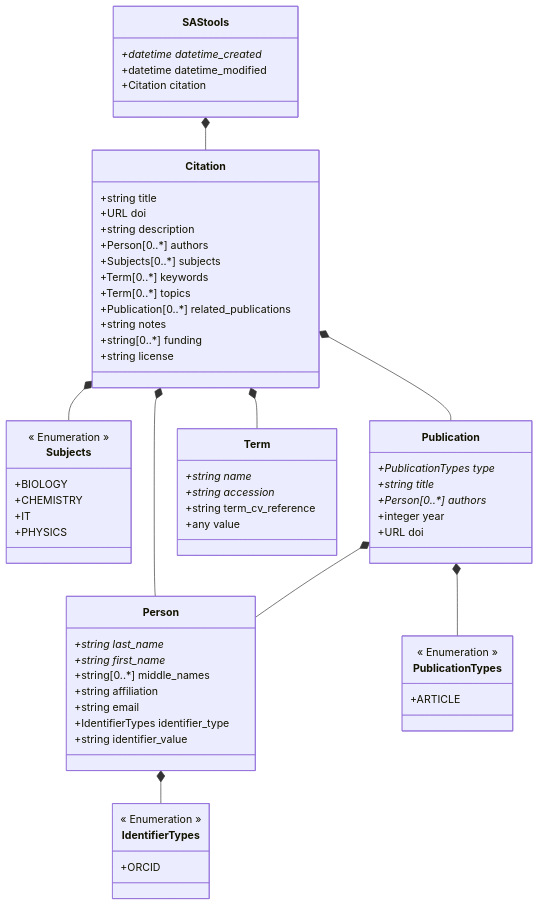
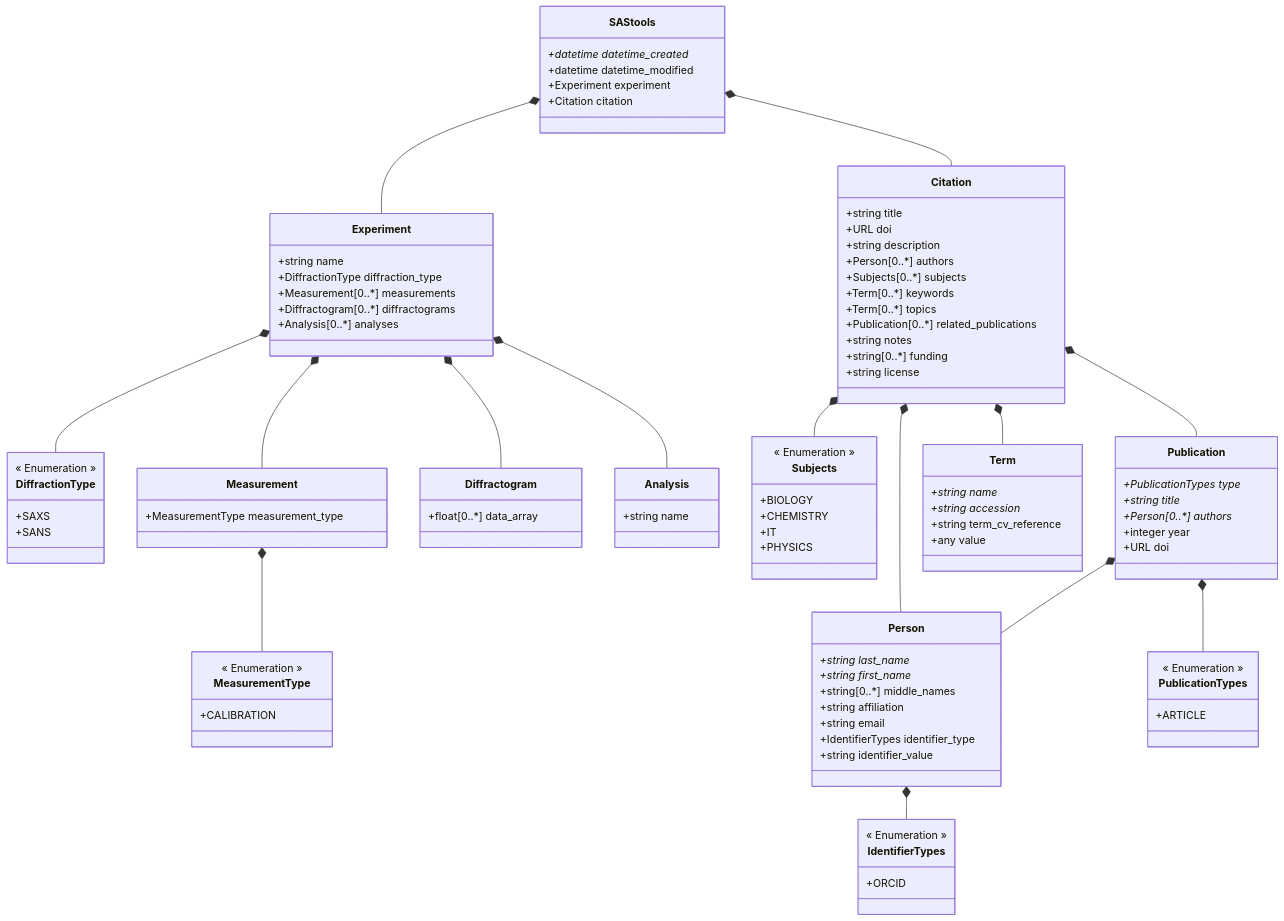
One commit to FAIRChemistry/SAS-tools changed the diagram in sastools/datamodel/schemes/datamodel_schema.md. Above: the diagram before and after it, drawn with Mermaid. The commit also changed 13 other files, not shown here.

````diff
--- a/sastools/datamodel/schemes/datamodel_schema.md
+++ b/sastools/datamodel/schemes/datamodel_schema.md
@@ -1,6 +1,12 @@
 ```mermaid
 classDiagram
+    SAStools *-- Experiment
     SAStools *-- Citation
+    Experiment *-- DiffractionType
+    Experiment *-- Measurement
+    Experiment *-- Diffractogram
+    Experiment *-- Analysis
+    Measurement *-- MeasurementType
     Citation *-- Subjects
     Citation *-- Person
     Citation *-- Publication
@@ -12,7 +18,28 @@
     class SAStools {
         +datetime datetime_created*
         +datetime datetime_modified
+        +Experiment experiment
         +Citation citation
+    }
+    
+    class Experiment {
+        +string name
+        +DiffractionType diffraction_type
+        +Measurement[0..*] measurements
+        +Diffractogram[0..*] diffractograms
+        +Analysis[0..*] analyses
+    }
+    
+    class Measurement {
+        +MeasurementType measurement_type
+    }
+    
+    class Diffractogram {
+        +float[0..*] data_array
+    }
+    
+    class Analysis {
+        +string name
     }
     
     class Citation {
@@ -72,4 +99,15 @@
         +ORCID
     }
     
+    class DiffractionType {
+        << Enumeration >>
+        +SAXS
+        +SANS
+    }
+    
+    class MeasurementType {
+        << Enumeration >>
+        +CALIBRATION
+    }
+    
 ```
````
